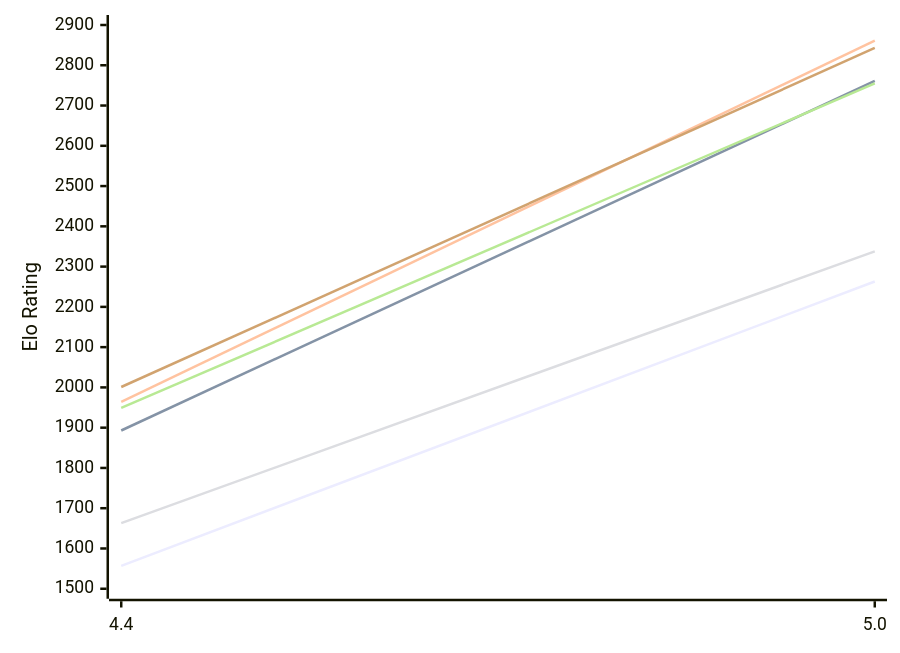
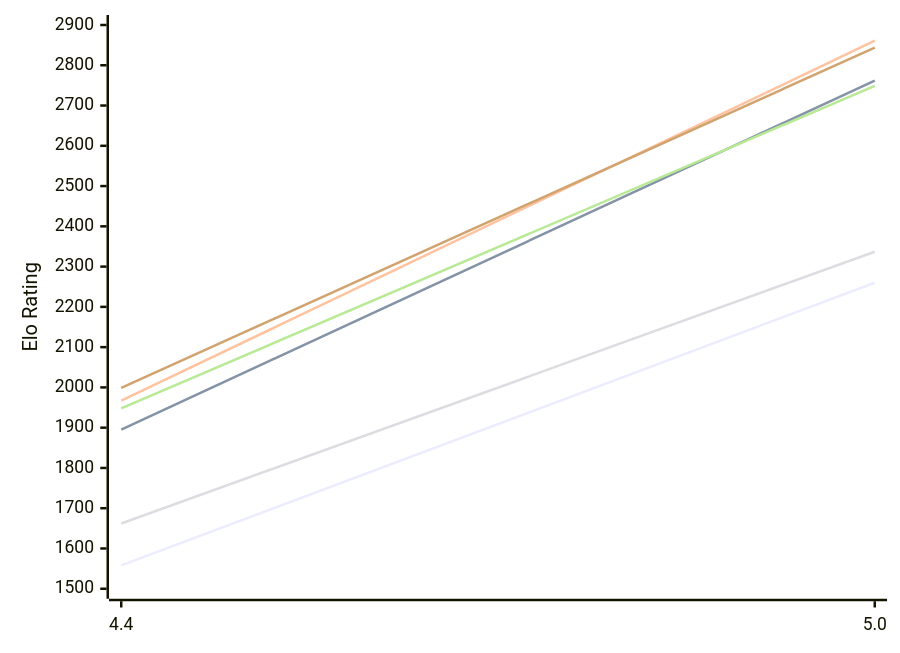
Before and after one commit to computer-chess-index/cci: the first of 2 diagrams in engines/Radiance.md, drawn with Mermaid. The commit also changed other lines of this file, not shown here.

Commit message:
Update CCI Ratings (ELO VLTC) - 2026-11-19

````diff
--- a/engines/Radiance.md
+++ b/engines/Radiance.md
@@ -51,12 +51,12 @@
 ```mermaid
 %%{init: {"theme":"base","themeVariables":{"seriesColors:['#a3a3a3','#222221','#faa371']}}}%%
 xychart-beta
   x-axis ["4.4", "5.0"]
   y-axis "Elo Rating" 1500 --> 2900
-  line "E1: STC (8.0+0.08s)" [1557, 2263]
-  line "E1: LTC (60.0+0.60s)" [1893, 2761]
-  line "E1: VLTC (2m24s+1.12s)" [1964, 2861]
-  line "P1: STC (8.0+0.08s)" [1663, 2338]
-  line "P1: LTC (60.0+0.60s)" [1949, 2755]
-  line "P1: VLTC (2m24s+1.12s)" [2001, 2843]
+  line "E1: STC (8.0+0.08s)" [1558, 2260]
+  line "E1: LTC (60.0+0.60s)" [1895, 2762]
+  line "E1: VLTC (2m24s+1.12s)" [1967, 2861]
+  line "P1: STC (8.0+0.08s)" [1662, 2337]
+  line "P1: LTC (60.0+0.60s)" [1948, 2749]
+  line "P1: VLTC (2m24s+1.12s)" [1999, 2844]
 ```
````
